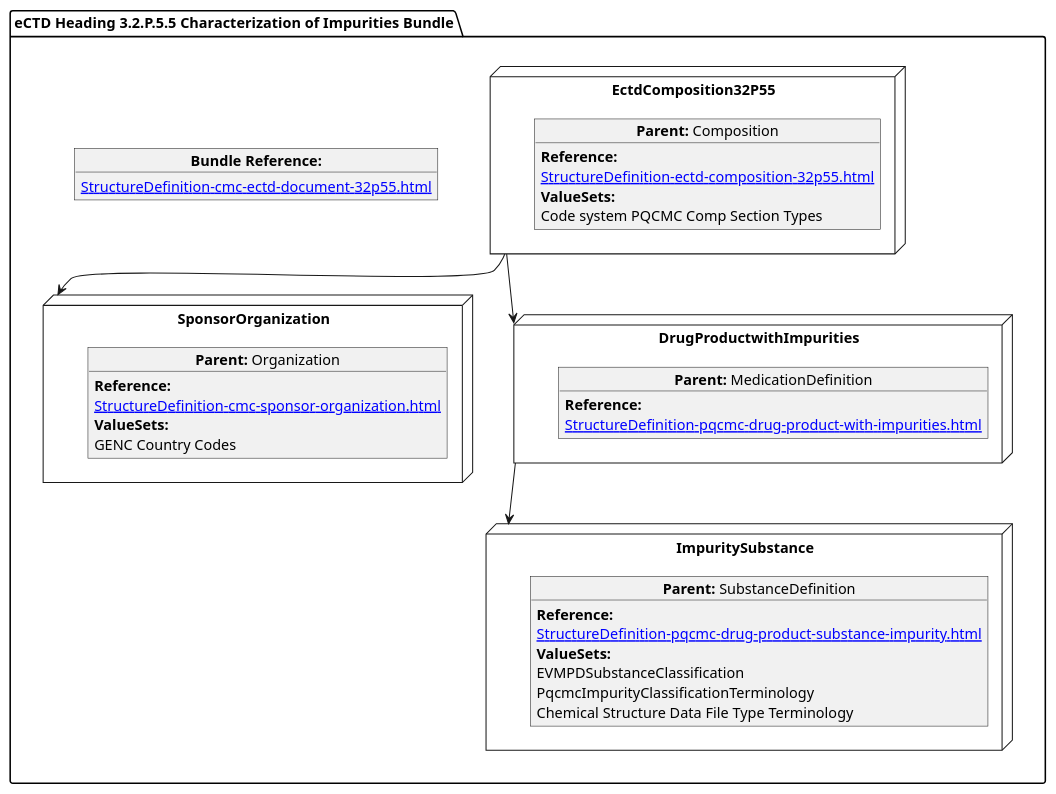
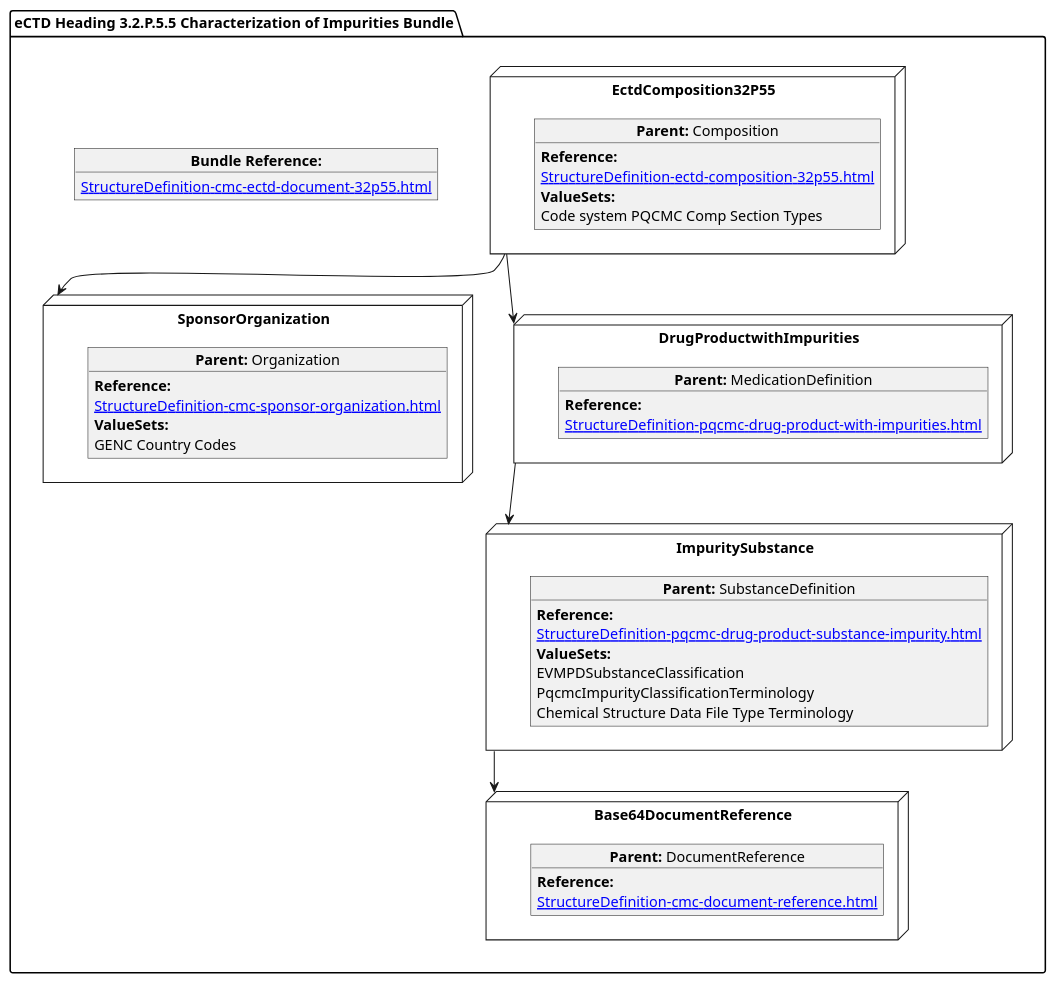
Before and after one commit to HL7/FHIR-us-pq-cmc-fda: the diagram in input/images-source/CharacImprity.plantuml, drawn with PlantUML. The commit also changed 55 other files, not shown here.

```diff
--- a/input/images-source/CharacImprity.plantuml
+++ b/input/images-source/CharacImprity.plantuml
@@ -1,49 +1,58 @@
-@startuml
+@startuml CharacImprity
 allowmixing
 'Mixed model of use case and object
 
 package "eCTD Heading 3.2.P.5.5 Characterization of Impurities Bundle" as NODES {
  
    object "**Bundle Reference:**" as objbun {
               [[StructureDefinition-cmc-ectd-document-32p55.html]]
     }  
 
 node "EctdComposition32P55" as N1 { 
       object "**Parent:** Composition" as obj1 {
            **Reference:**
       [[StructureDefinition-ectd-composition-32p55.html]]   
       **ValueSets:**
   Code system PQCMC Comp Section Types
     }
 }
+node "Base64DocumentReference" as NB64 { 
+      object "**Parent:** DocumentReference"  as obj64 {  
+       **Reference:**
+      [[StructureDefinition-cmc-document-reference.html]] 
+    }   
+}
  node "SponsorOrganization" as NSO { 
       object "**Parent:** Organization" as objAu {
          **Reference:**
       [[StructureDefinition-cmc-sponsor-organization.html]]
         **ValueSets:**
         GENC Country Codes
     }
 } 
+
   node "DrugProductwithImpurities" as NN { 
       object "**Parent:** MedicationDefinition" as obj3 {  
          **Reference:**
       [[StructureDefinition-pqcmc-drug-product-with-impurities.html]]    
       }
   }
 
 node "ImpuritySubstance" as N6 { 
       object "**Parent:** SubstanceDefinition" as obj2 {
            **Reference:**
       [[StructureDefinition-pqcmc-drug-product-substance-impurity.html]]   
       **ValueSets:**
       EVMPDSubstanceClassification
       PqcmcImpurityClassificationTerminology
       Chemical Structure Data File Type Terminology
     }    
 }
 
-N1 --> NSO   
+N1 --> NSO  
 NN --> N6
-N1 --> NN 
+N1 --> NN
+N6 --> NB64 
+
 }
 @enduml
```
